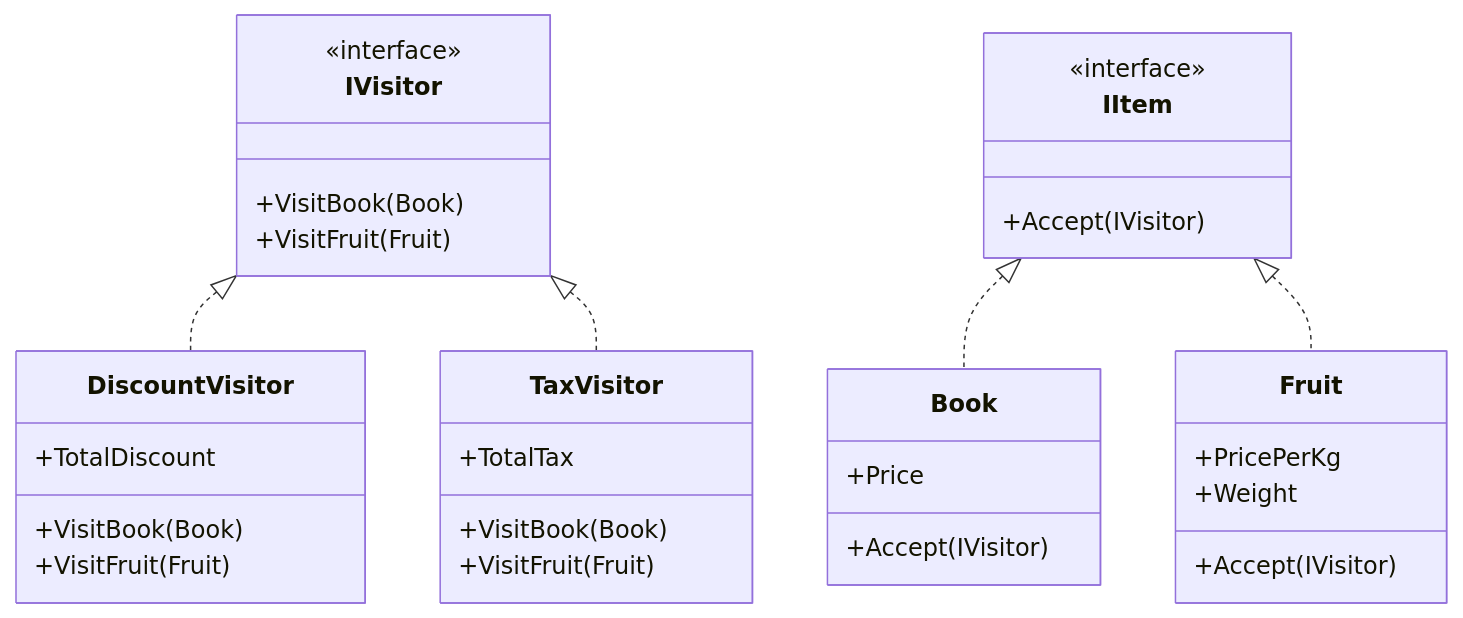
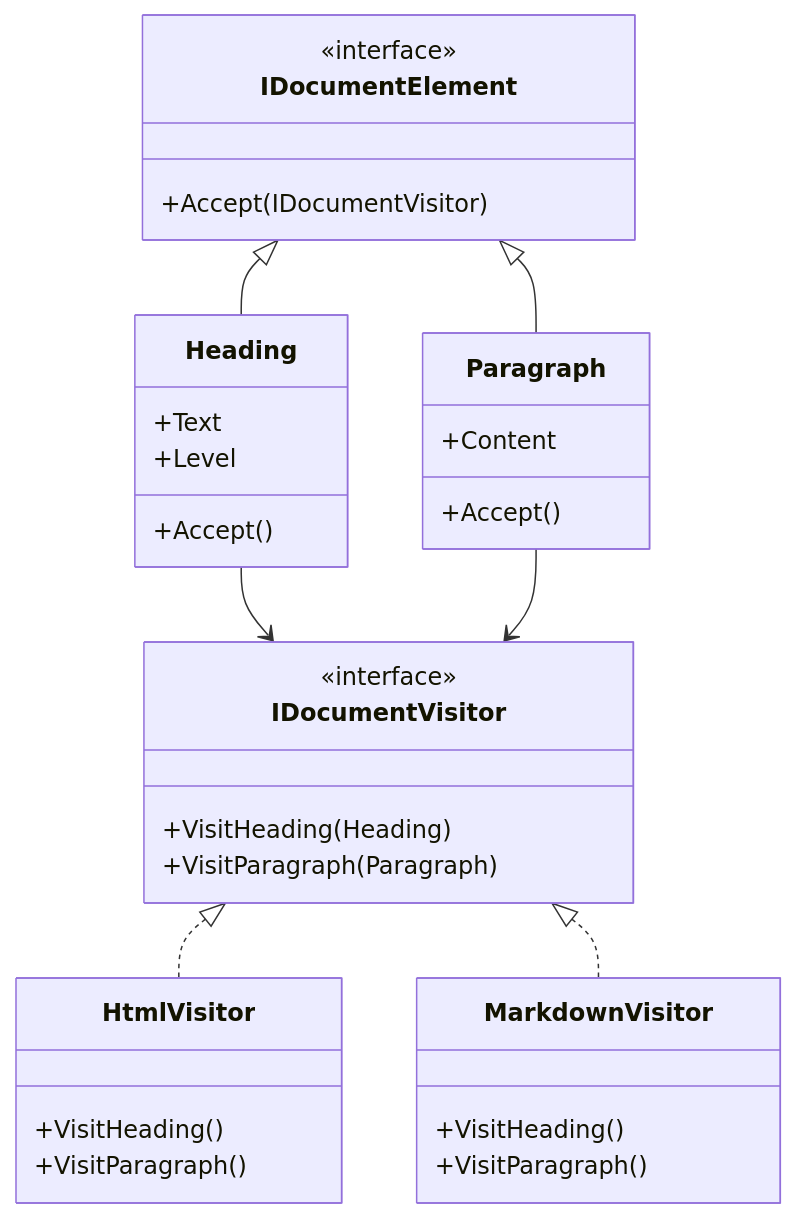
Before and after one commit to hsynkmk/Design-Patterns: the diagram in Visitor.md, drawn with Mermaid. The commit also changed other lines of this file and 9 other files, not shown here.

````diff
--- a/Visitor.md
+++ b/Visitor.md
@@ -42,41 +52,41 @@
 ```mermaid
 classDiagram
-    class IVisitor {
+    class IDocumentVisitor {
         <<interface>>
-        +VisitBook(Book)
-        +VisitFruit(Fruit)
+        +VisitHeading(Heading)
+        +VisitParagraph(Paragraph)
     }
 
-    class IItem {
+    class IDocumentElement {
         <<interface>>
-        +Accept(IVisitor)
+        +Accept(IDocumentVisitor)
     }
 
-    class Book {
-        +Price
-        +Accept(IVisitor)
+    class Heading {
+        +Text
+        +Level
+        +Accept()
     }
 
-    class Fruit {
-        +PricePerKg
-        +Weight
-        +Accept(IVisitor)
+    class Paragraph {
+        +Content
+        +Accept()
     }
 
-    class DiscountVisitor {
-        +TotalDiscount
-        +VisitBook(Book)
-        +VisitFruit(Fruit)
+    class HtmlVisitor {
+        +VisitHeading()
+        +VisitParagraph()
     }
 
-    class TaxVisitor {
-        +TotalTax
-        +VisitBook(Book)
-        +VisitFruit(Fruit)
+    class MarkdownVisitor {
+        +VisitHeading()
+        +VisitParagraph()
     }
 
-    IVisitor <|.. DiscountVisitor
-    IVisitor <|.. TaxVisitor
-    IItem <|.. Book
-    IItem <|.. Fruit
+    IDocumentElement <|-- Heading
+    IDocumentElement <|-- Paragraph
+    IDocumentVisitor <|.. HtmlVisitor
+    IDocumentVisitor <|.. MarkdownVisitor
+    Heading --> IDocumentVisitor
+    Paragraph --> IDocumentVisitor
 ```
````
